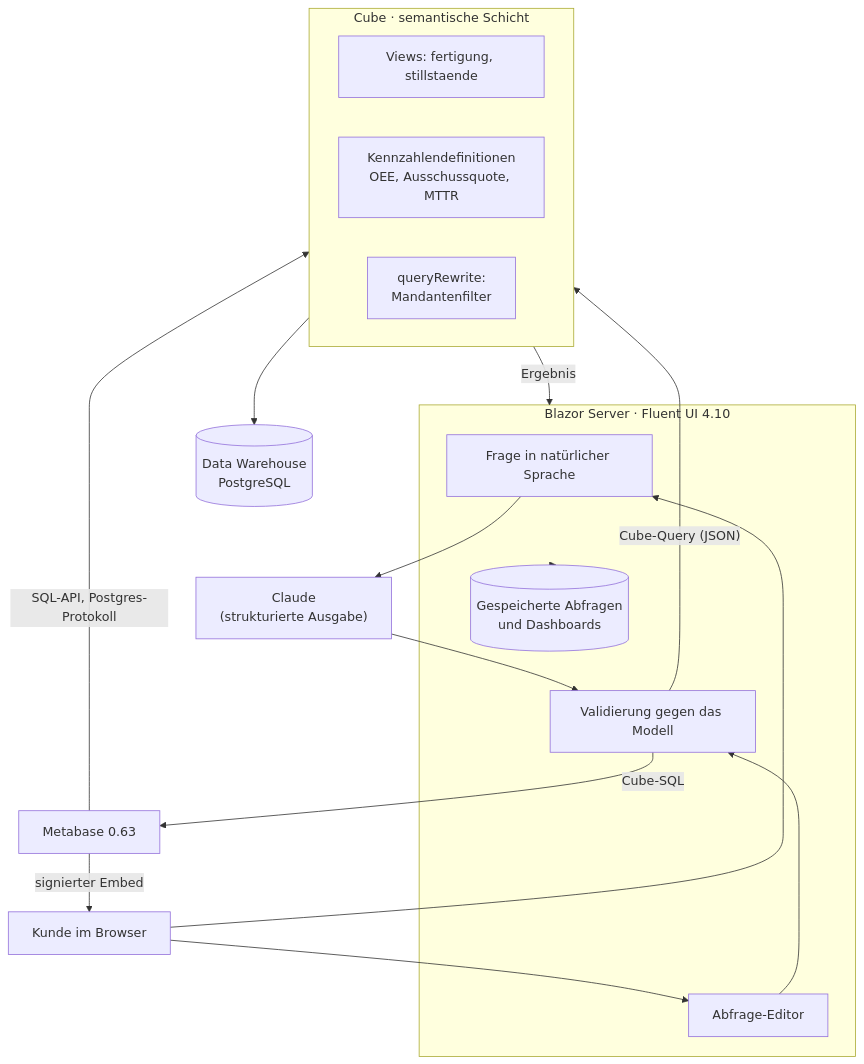
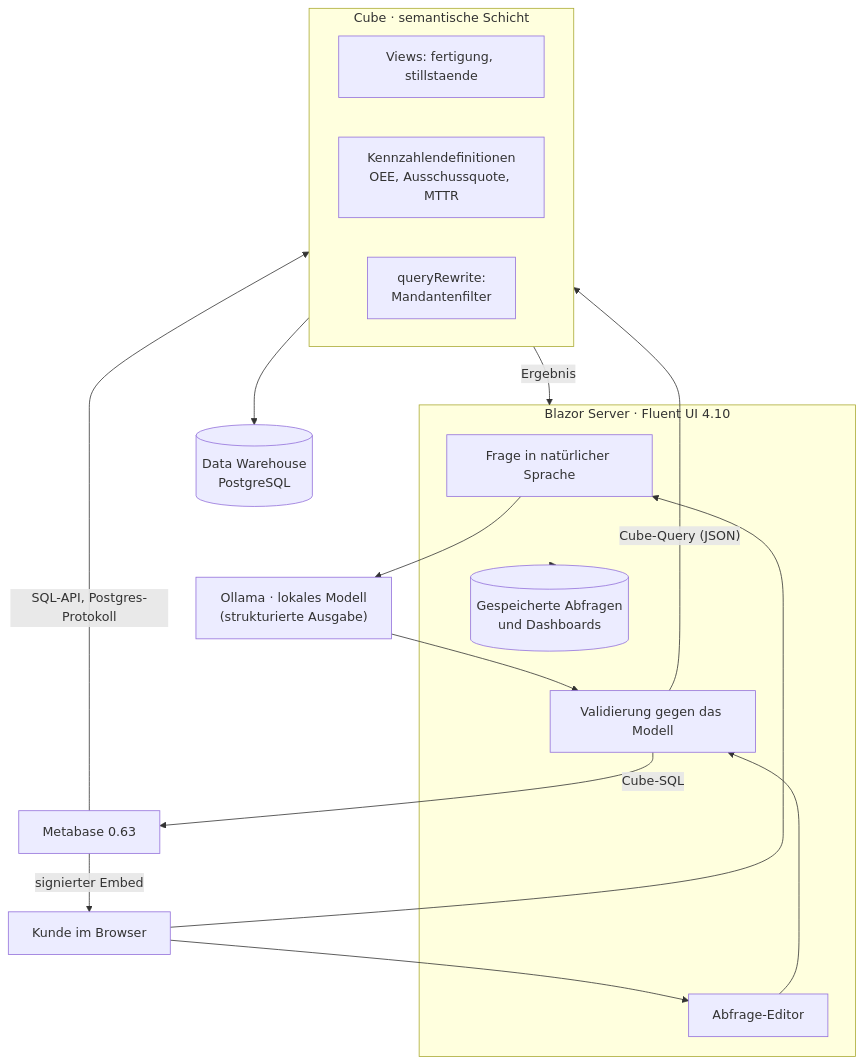
The diagram in README.md (verita-tech/NLTSQL), drawn with Mermaid before and after one commit. The commit also changed other lines of this file and 16 other files, not shown here.

````diff
--- a/README.md
+++ b/README.md
@@ -17,32 +17,32 @@
 ```mermaid
 flowchart TB
     User["Kunde im Browser"]
 
     subgraph App["Blazor Server · Fluent UI 4.10"]
         NL["Frage in natürlicher Sprache"]
         Builder["Abfrage-Editor"]
         Val["Validierung gegen das Modell"]
         Store[("Gespeicherte Abfragen<br/>und Dashboards")]
     end
 
-    Planner["Claude<br/>(strukturierte Ausgabe)"]
+    Planner["Ollama · lokales Modell<br/>(strukturierte Ausgabe)"]
 
     subgraph Semantic["Cube · semantische Schicht"]
         Views["Views: fertigung, stillstaende"]
         Metrics["Kennzahlendefinitionen<br/>OEE, Ausschussquote, MTTR"]
         Rewrite["queryRewrite:<br/>Mandantenfilter"]
     end
 
     DWH[("Data Warehouse<br/>PostgreSQL")]
     MB["Metabase 0.63"]
 
     User --> NL --> Planner --> Val
     User --> Builder --> Val
     Val -->|"Cube-Query (JSON)"| Semantic
     Val -->|"Cube-SQL"| MB
     Semantic --> DWH
     MB -->|"SQL-API, Postgres-Protokoll"| Semantic
     Semantic -->|Ergebnis| App
     MB -->|"signierter Embed"| User
     App --> Store
 ```
````
